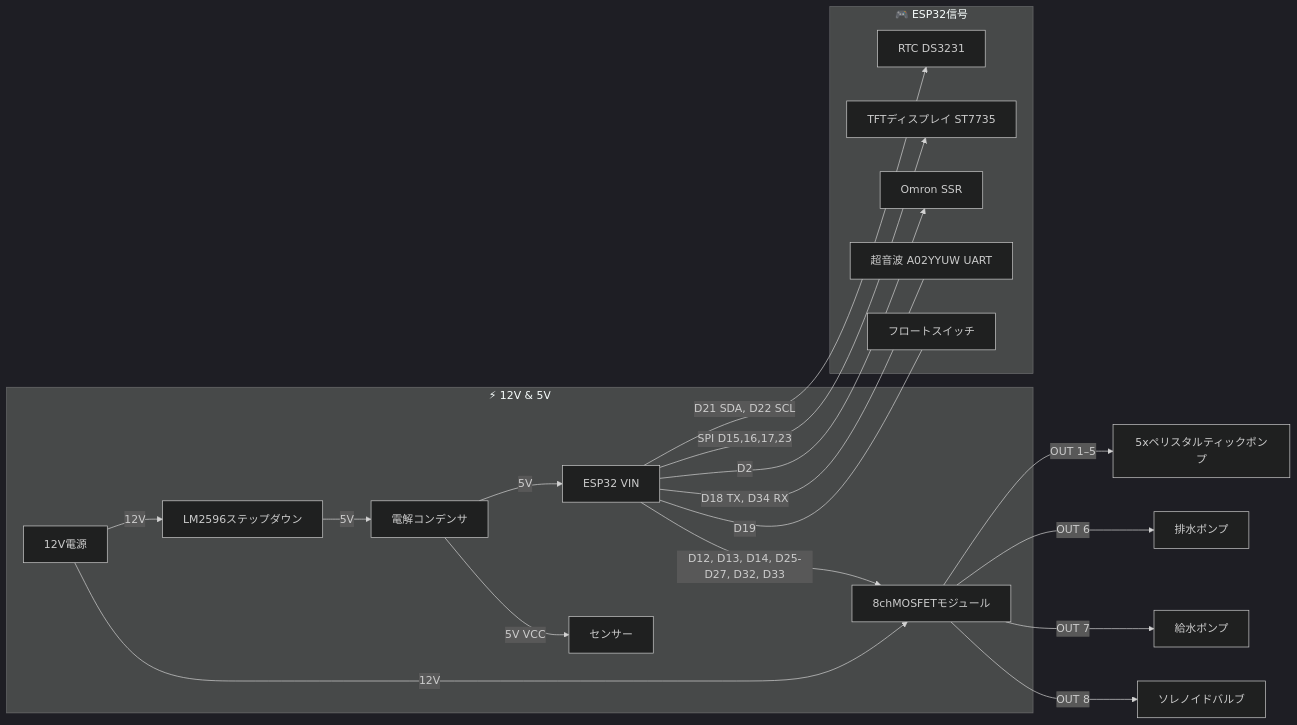
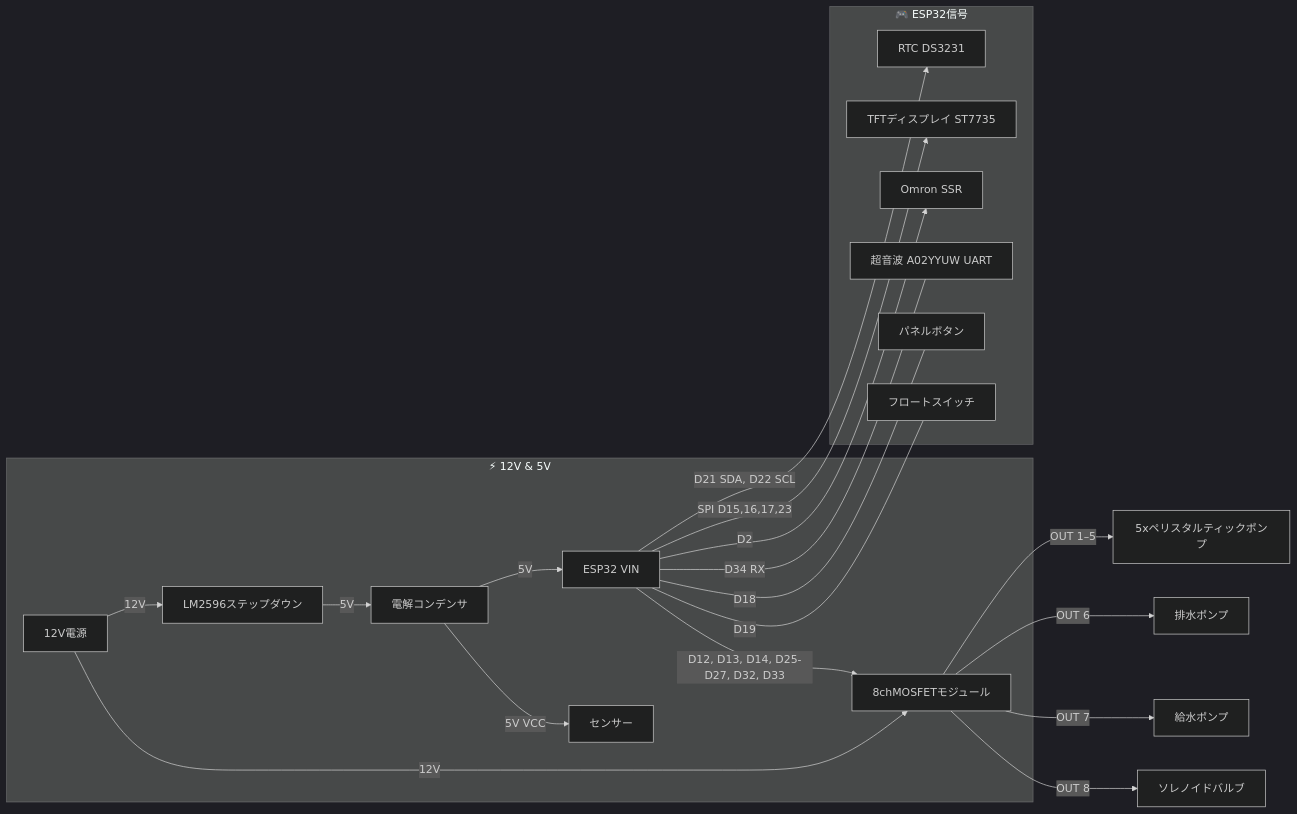
One commit to PhilipeGatis/IARA changed the second of 2 diagrams in README.ja.md. Above: the diagram before and after it, drawn with Mermaid (dark theme). The commit also changed other lines of this file and 36 other files, not shown here.

````diff
--- a/README.ja.md
+++ b/README.ja.md
@@ -112,24 +112,25 @@
 ```mermaid
 graph LR
   subgraph Power [⚡ 12V & 5V]
     PSU[12V電源] -->|12V| MOSFET[8chMOSFETモジュール]
     PSU -->|12V| LM2596[LM2596ステップダウン]
     LM2596 -->|5V| Cap[電解コンデンサ]
     Cap -->|5V| ESP32[ESP32 VIN]
     Cap -->|5V VCC| SENS[センサー]
   end
 
   subgraph Signals [🎮 ESP32信号]
     ESP32 -->|D21 SDA, D22 SCL| I2C[RTC DS3231]
     ESP32 -->|SPI D15,16,17,23| TFT[TFTディスプレイ ST7735]
     ESP32 -->|D12, D13, D14, D25-D27, D32, D33| MOSFET
     ESP32 -->|D2| SSR[Omron SSR]
-    ESP32 ---|D18 TX, D34 RX| Ultra[超音波 A02YYUW UART]
+    ESP32 ---|D34 RX| Ultra[超音波 A02YYUW UART]
+    ESP32 ---|D18| Button[パネルボタン]
     ESP32 ---|D19| Float[フロートスイッチ]
   end
 
   MOSFET -->|OUT 1–5| Peristaltic[5xペリスタルティックポンプ]
   MOSFET -->|OUT 6| Drain[排水ポンプ]
   MOSFET -->|OUT 7| Refill[給水ポンプ]
   MOSFET -->|OUT 8| Solenoid[ソレノイドバルブ]
 ```
````
